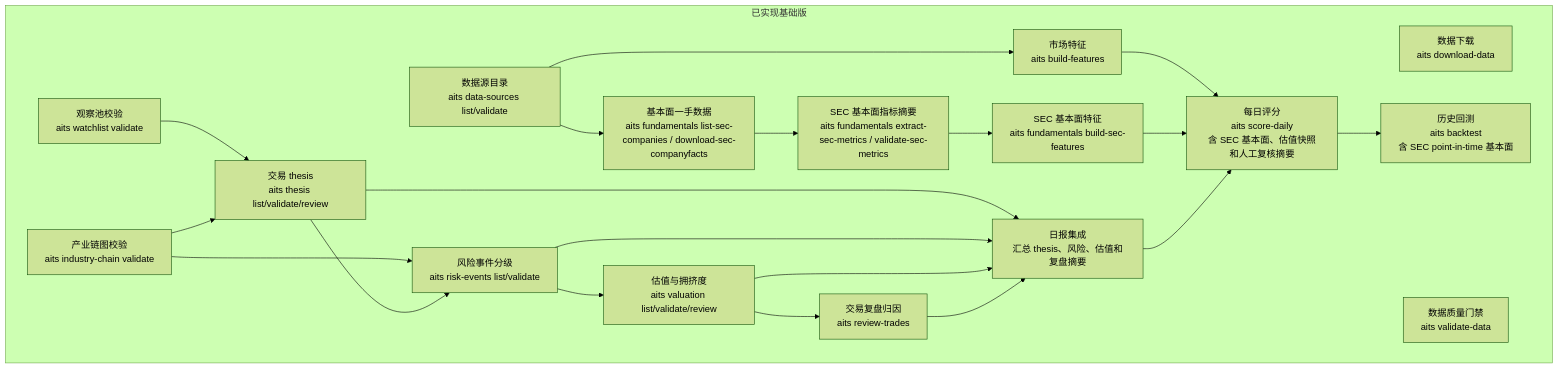
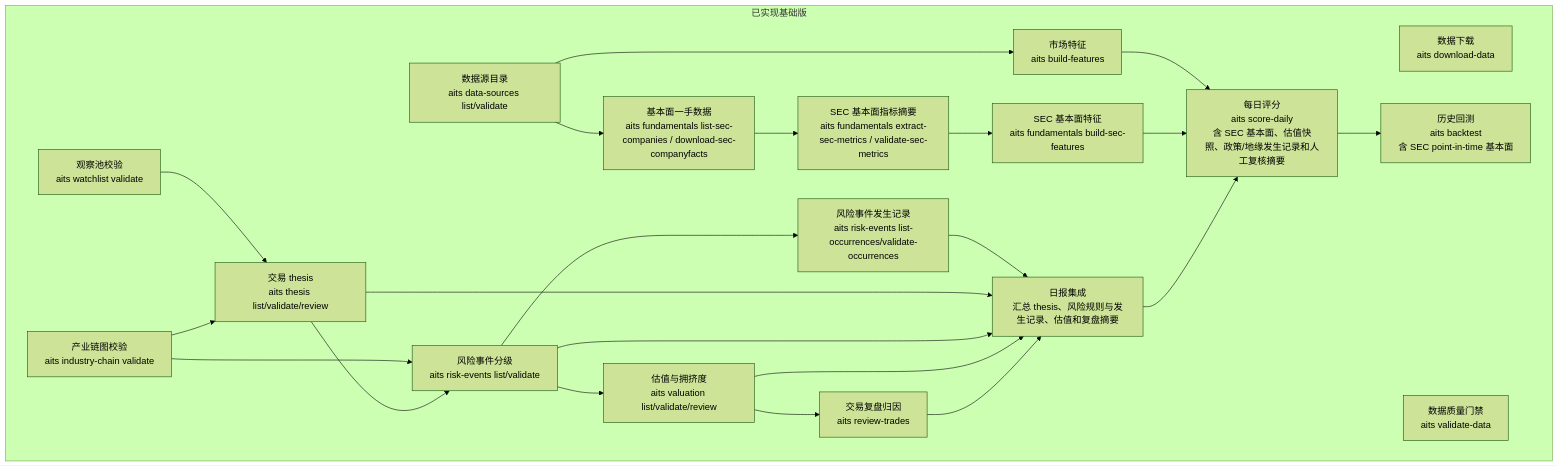
Before and after one commit to AI-Trading-Collaboration/AITradingSystem: the fifth of 5 diagrams in docs/system_flow.md, drawn with Mermaid (forest theme). The commit also changed other lines of this file and 15 other files, not shown here.

````diff
--- a/docs/system_flow.md
+++ b/docs/system_flow.md
@@ -340,40 +351,43 @@
 ```mermaid
 flowchart TD
     subgraph Done["已实现基础版"]
         A["数据下载<br/>aits download-data"]
         B["数据质量门禁<br/>aits validate-data"]
         C["市场特征<br/>aits build-features"]
-        D["每日评分<br/>aits score-daily<br/>含 SEC 基本面、估值快照和人工复核摘要"]
+        D["每日评分<br/>aits score-daily<br/>含 SEC 基本面、估值快照、政策/地缘发生记录和人工复核摘要"]
         E["历史回测<br/>aits backtest<br/>含 SEC point-in-time 基本面"]
         F["观察池校验<br/>aits watchlist validate"]
         G["产业链图校验<br/>aits industry-chain validate"]
         H["交易 thesis<br/>aits thesis list/validate/review"]
         I["风险事件分级<br/>aits risk-events list/validate"]
+        I2["风险事件发生记录<br/>aits risk-events list-occurrences/validate-occurrences"]
         J["估值与拥挤度<br/>aits valuation list/validate/review"]
         K["交易复盘归因<br/>aits review-trades"]
-        L["日报集成<br/>汇总 thesis、风险、估值和复盘摘要"]
+        L["日报集成<br/>汇总 thesis、风险规则与发生记录、估值和复盘摘要"]
         M["数据源目录<br/>aits data-sources list/validate"]
         N["基本面一手数据<br/>aits fundamentals list-sec-companies / download-sec-companyfacts"]
         O["SEC 基本面指标摘要<br/>aits fundamentals extract-sec-metrics / validate-sec-metrics"]
         P["SEC 基本面特征<br/>aits fundamentals build-sec-features"]
     end
 
     C --> D
     D --> E
     F --> H
     G --> H
     G --> I
+    I --> I2
     H --> I
     I --> J
+    I2 --> L
     J --> K
     M --> C
     M --> N
     N --> O
     O --> P
     P --> D
     H --> L
     I --> L
     J --> L
     K --> L
     L --> D
 ```
````
